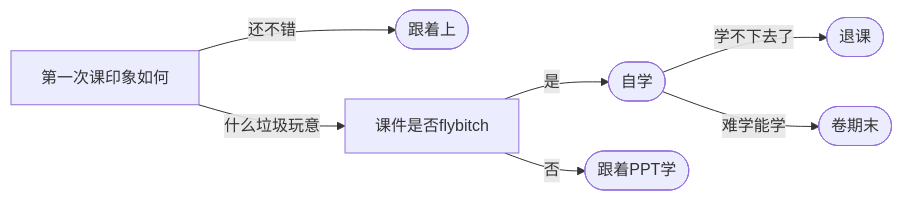
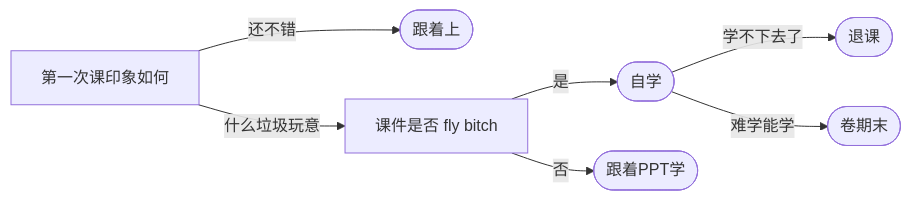
The diagram in machine learning.md (zhaochenyang20/IAI_2022), drawn with Mermaid before and after one commit. The commit also changed other lines of this file and 5 other files, not shown here.

````diff
--- a/machine learning.md
+++ b/machine learning.md
@@ -352,10 +366,10 @@
-{% mermaid %}
+```mermaid
 flowchart LR
       B[第一次课印象如何]
       B--还不错-->D([跟着上])
-      B--什么垃圾玩意-->E[课件是否flybitch]
+      B--什么垃圾玩意-->E[课件是否 fly bitch]
       E--是-->F([自学])
       E--否-->G([跟着PPT学])
       F--学不下去了-->K([退课])
       F--难学能学-->I([卷期末])
-{% endmermaid %}
+```
````
